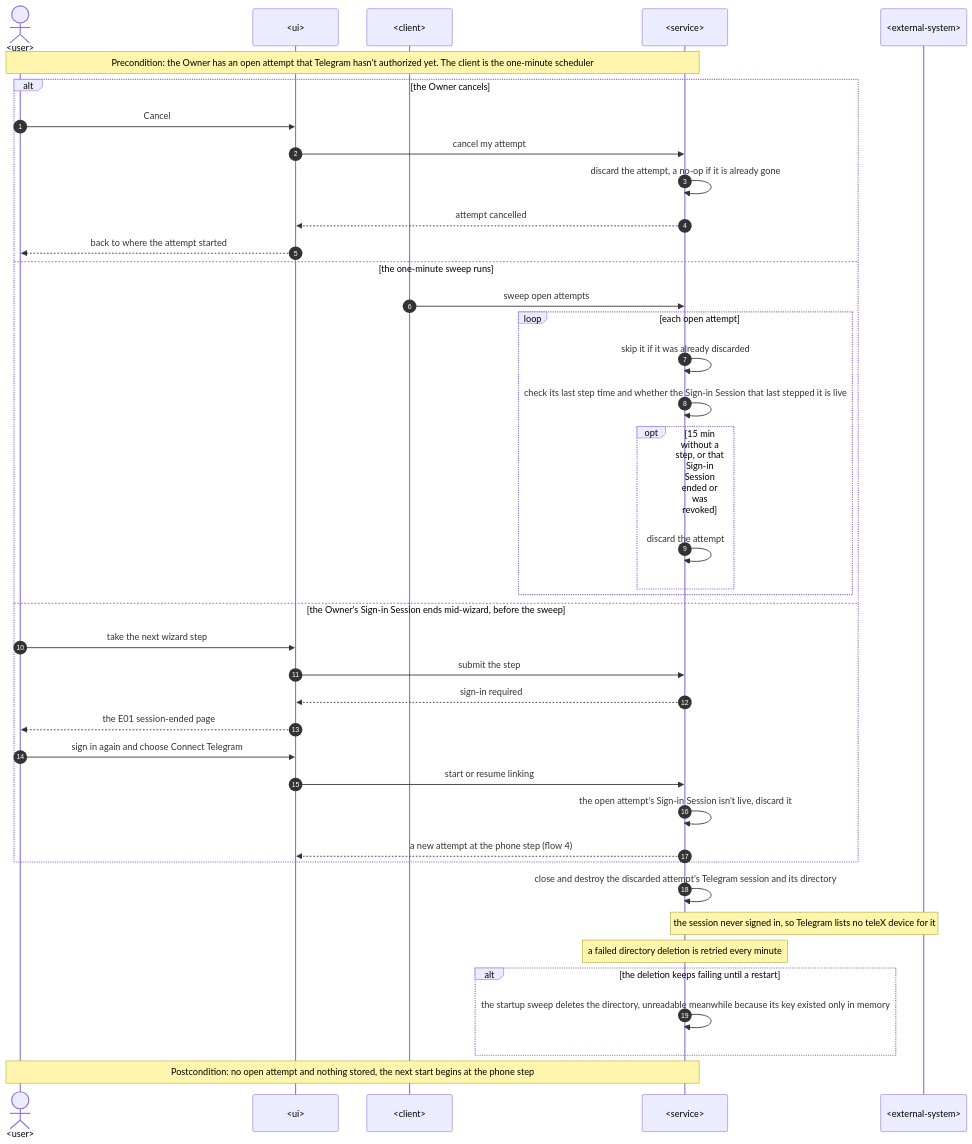
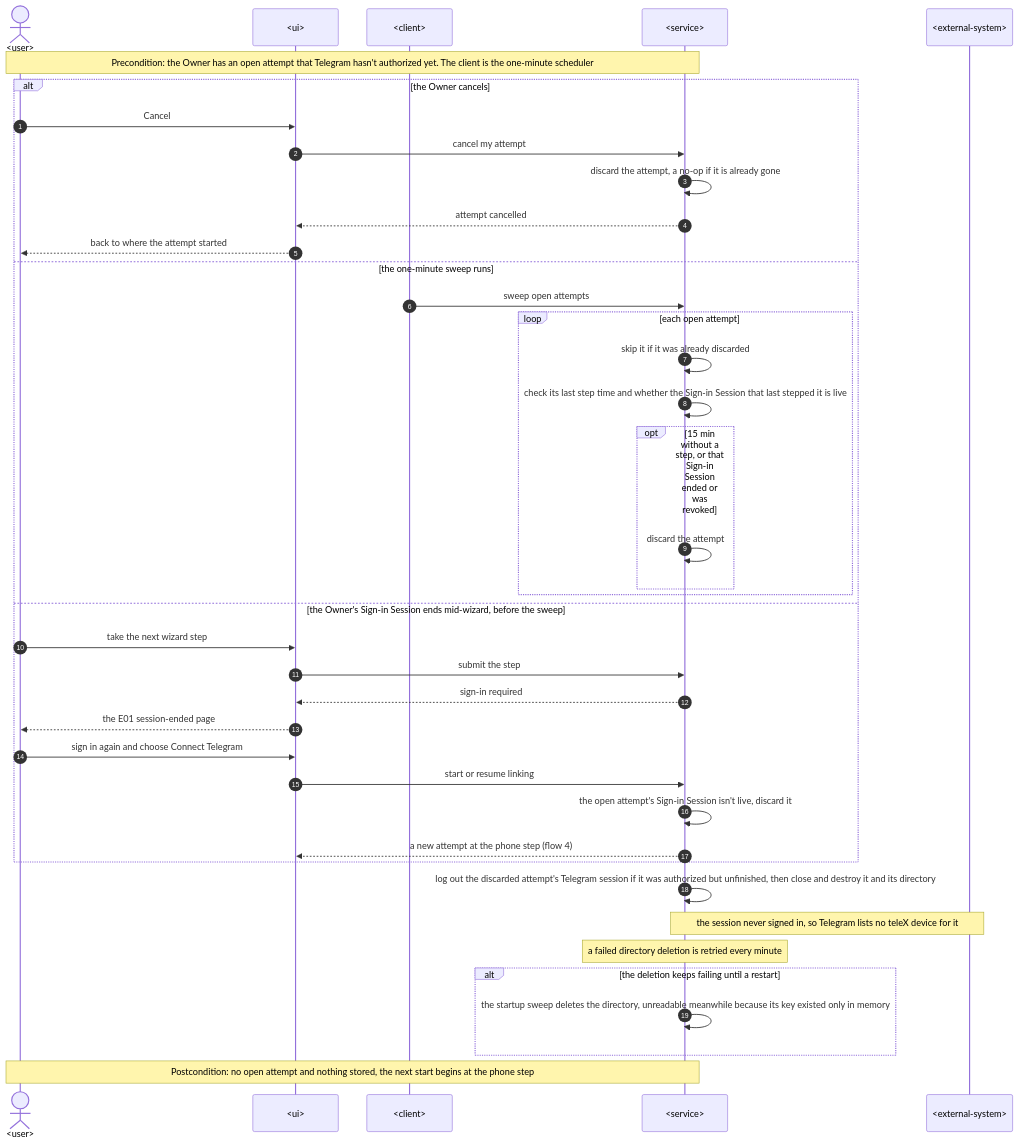
The tenth of 15 diagrams in docs/features/telegram-link/sad.md (drnetua/telex), drawn with Mermaid before and after one commit. The commit also changed other lines of this file and 4 other files, not shown here.

First line of the commit message:
docs(telegram-link): Sync sad flows, metric tags and screens registry with the code

````diff
--- a/docs/features/telegram-link/sad.md
+++ b/docs/features/telegram-link/sad.md
@@ -504,43 +531,43 @@
 ```mermaid
 sequenceDiagram
     autonumber
     actor O as <user>
     participant U as <ui>
     participant C as <client>
     participant S as <service>
     participant X as <external-system>
 
     Note over O,S: Precondition: the Owner has an open attempt that Telegram hasn't authorized yet. The client is the one-minute scheduler
     alt the Owner cancels
         O->>U: Cancel
         U->>S: cancel my attempt
         S->>S: discard the attempt, a no-op if it is already gone
         S-->>U: attempt cancelled
         U-->>O: back to where the attempt started
     else the one-minute sweep runs
         C->>S: sweep open attempts
         loop each open attempt
             S->>S: skip it if it was already discarded
             S->>S: check its last step time and whether the Sign-in Session that last stepped it is live
             opt 15 min without a step, or that Sign-in Session ended or was revoked
                 S->>S: discard the attempt
             end
         end
     else the Owner's Sign-in Session ends mid-wizard, before the sweep
         O->>U: take the next wizard step
         U->>S: submit the step
         S-->>U: sign-in required
         U-->>O: the E01 session-ended page
         O->>U: sign in again and choose Connect Telegram
         U->>S: start or resume linking
         S->>S: the open attempt's Sign-in Session isn't live, discard it
         S-->>U: a new attempt at the phone step (flow 4)
     end
-    S->>S: close and destroy the discarded attempt's Telegram session and its directory
+    S->>S: log out the discarded attempt's Telegram session if it was authorized but unfinished, then close and destroy it and its directory
     Note over S,X: the session never signed in, so Telegram lists no teleX device for it
     Note over S: a failed directory deletion is retried every minute
     alt the deletion keeps failing until a restart
         S->>S: the startup sweep deletes the directory, unreadable meanwhile because its key existed only in memory
     end
     Note over O,S: Postcondition: no open attempt and nothing stored, the next start begins at the phone step
 ```
````
